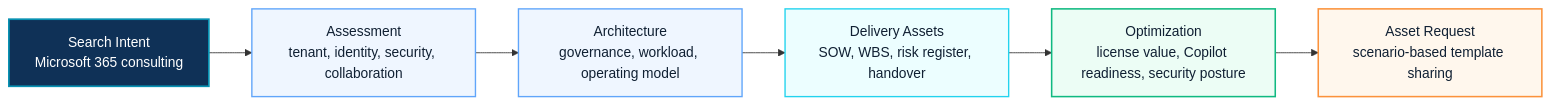
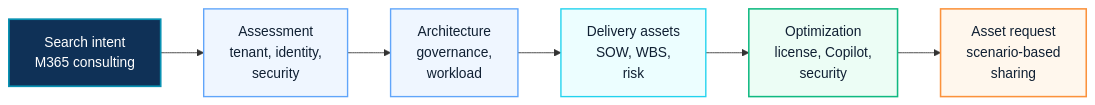
Before and after one commit to Eric841001/Eric841001.github.io: the diagram in docs/search/microsoft-365-consulting.md, drawn with Mermaid. The commit also changed other lines of this file and 7 other files, not shown here.

Commit message:
Improve search landing pages for AI and security

````diff
--- a/docs/search/microsoft-365-consulting.md
+++ b/docs/search/microsoft-365-consulting.md
@@ -33,17 +33,17 @@
 ```mermaid
 flowchart LR
-  Search["Search Intent<br/>Microsoft 365 consulting"]:::source
-  Assess["Assessment<br/>tenant, identity, security, collaboration"]:::step
-  Design["Architecture<br/>governance, workload, operating model"]:::step
-  Deliver["Delivery Assets<br/>SOW, WBS, risk register, handover"]:::asset
-  Optimize["Optimization<br/>license value, Copilot readiness, security posture"]:::outcome
-  Contact["Asset Request<br/>scenario-based template sharing"]:::cta
+  Search["Search intent<br/>M365 consulting"]:::source
+  Assess["Assessment<br/>tenant, identity,<br/>security"]:::step
+  Design["Architecture<br/>governance,<br/>workload"]:::step
+  Deliver["Delivery assets<br/>SOW, WBS,<br/>risk"]:::asset
+  Optimize["Optimization<br/>license, Copilot,<br/>security"]:::outcome
+  Contact["Asset request<br/>scenario-based<br/>sharing"]:::cta
 
   Search --> Assess --> Design --> Deliver --> Optimize --> Contact
 
   classDef source fill:#0f3157,stroke:#0891b2,color:#ffffff,stroke-width:2px
   classDef step fill:#eff6ff,stroke:#60a5fa,color:#102033,stroke-width:1.6px
   classDef asset fill:#ecfeff,stroke:#22d3ee,color:#102033,stroke-width:1.6px
   classDef outcome fill:#ecfdf5,stroke:#10b981,color:#102033,stroke-width:1.8px
   classDef cta fill:#fff7ed,stroke:#fb923c,color:#102033,stroke-width:1.8px
 ```
````
